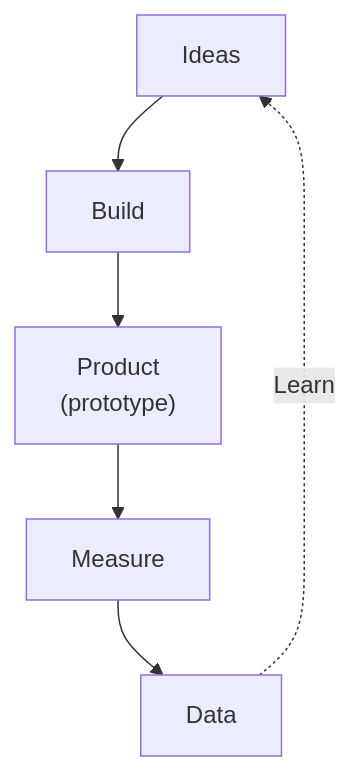
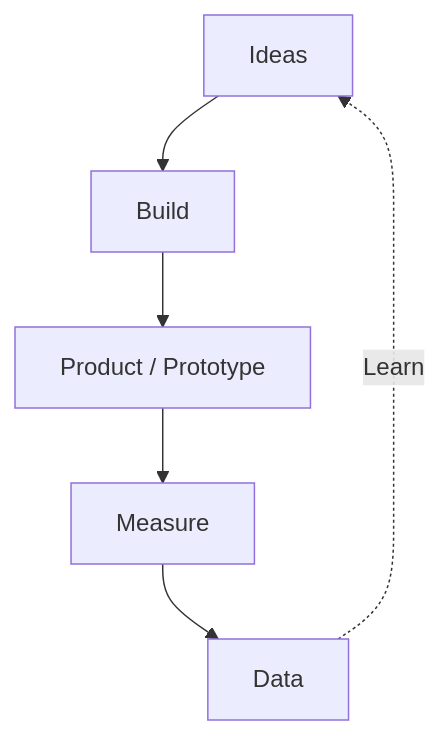
One commit to smileynet/ui-optimizer changed the diagram in docs/product-design/explanation/lean-ux.md. Above: the diagram before and after it, drawn with Mermaid. The commit also changed 6 other files, not shown here.

First line of the commit message:
fix: simplify Mermaid labels - remove escaped HTML tags

````diff
--- a/docs/product-design/explanation/lean-ux.md
+++ b/docs/product-design/explanation/lean-ux.md
@@ -23,8 +23,8 @@
 ```mermaid
 flowchart TB
     IDEAS[Ideas] --> BUILD[Build]
-    BUILD --> PRODUCT["Product<br/>(prototype)"]
+    BUILD --> PRODUCT[Product / Prototype]
     PRODUCT --> MEASURE[Measure]
     MEASURE --> DATA[Data]
     DATA -.->|Learn| IDEAS
 ```
````
